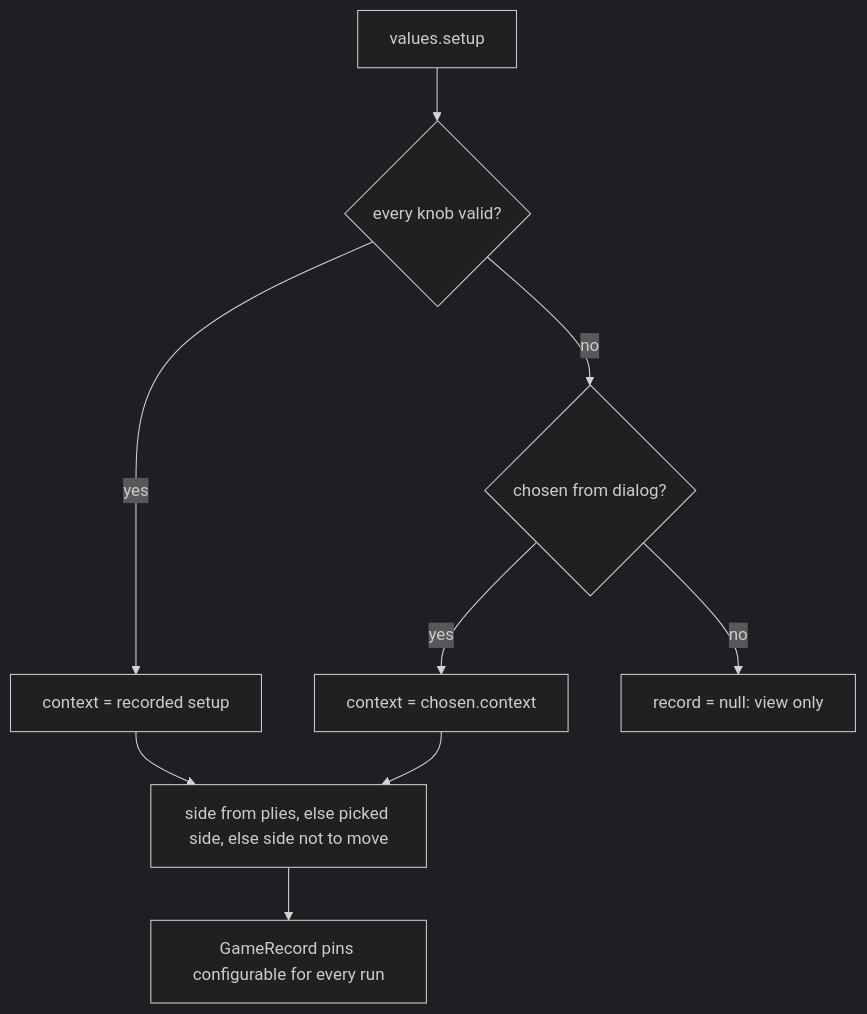
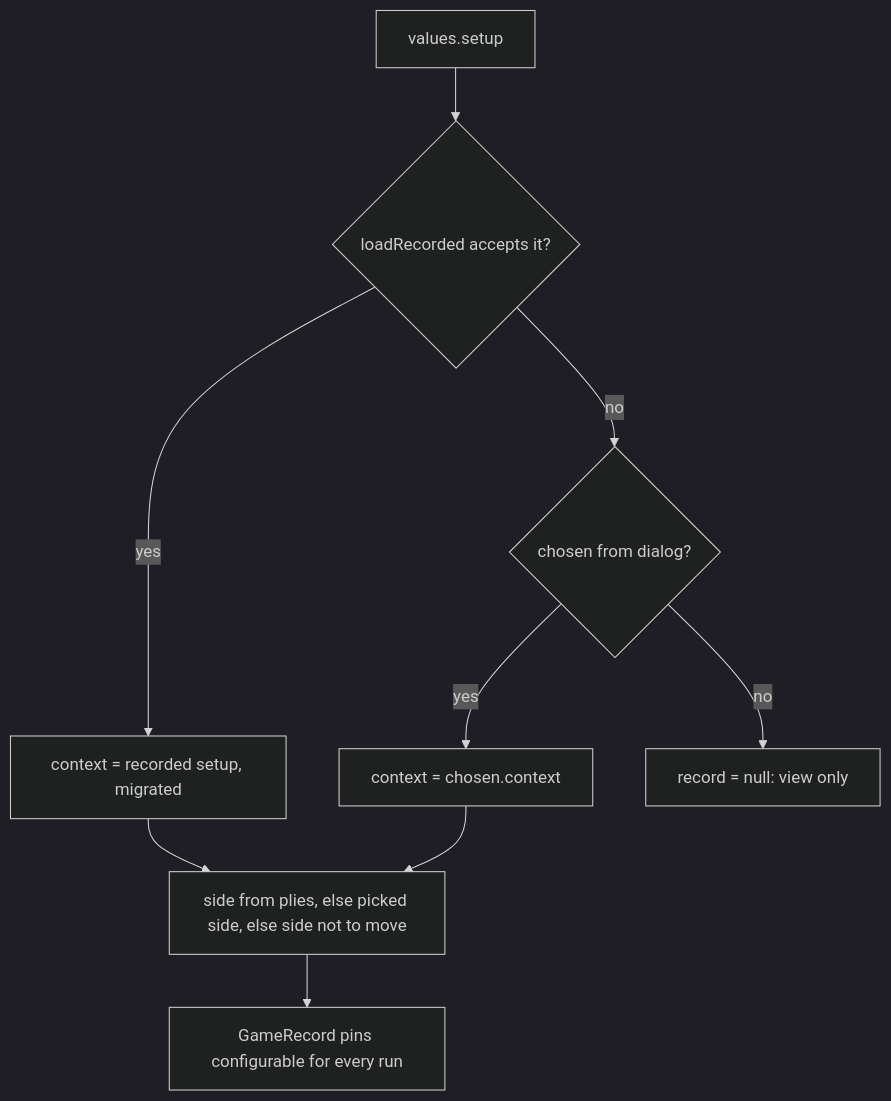
One commit to darieldatoon/langchain-chess changed the third of 4 diagrams in openwiki/architecture/web-frontends.md. Above: the diagram before and after it, drawn with Mermaid (dark theme). The commit also changed other lines of this file and 48 other files, not shown here.

````diff
--- a/openwiki/architecture/web-frontends.md
+++ b/openwiki/architecture/web-frontends.md
@@ -183,11 +225,11 @@
 ```mermaid
 flowchart TD
-  A["values.setup"] --> B{"every knob valid?"}
-  B -->|yes| C["context = recorded setup"]
+  A["values.setup"] --> B{"loadRecorded accepts it?"}
+  B -->|yes| C["context = recorded setup, migrated"]
   B -->|no| D{"chosen from dialog?"}
   D -->|yes| E["context = chosen.context"]
   D -->|no| F["record = null: view only"]
   C --> G["side from plies, else picked side, else side not to move"]
   E --> G
   G --> H["GameRecord pins configurable for every run"]
 ```
````
